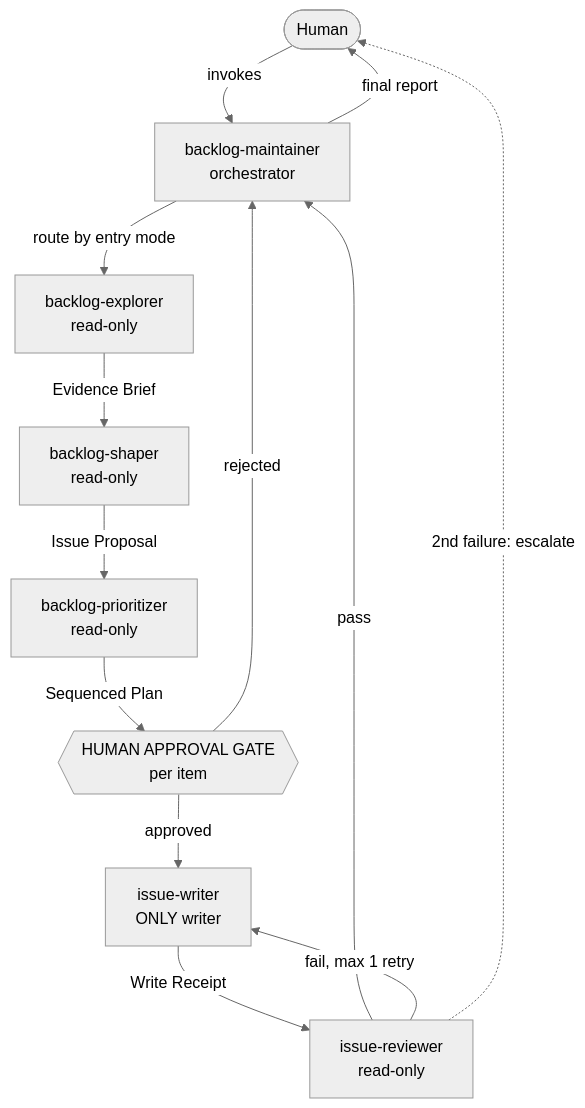
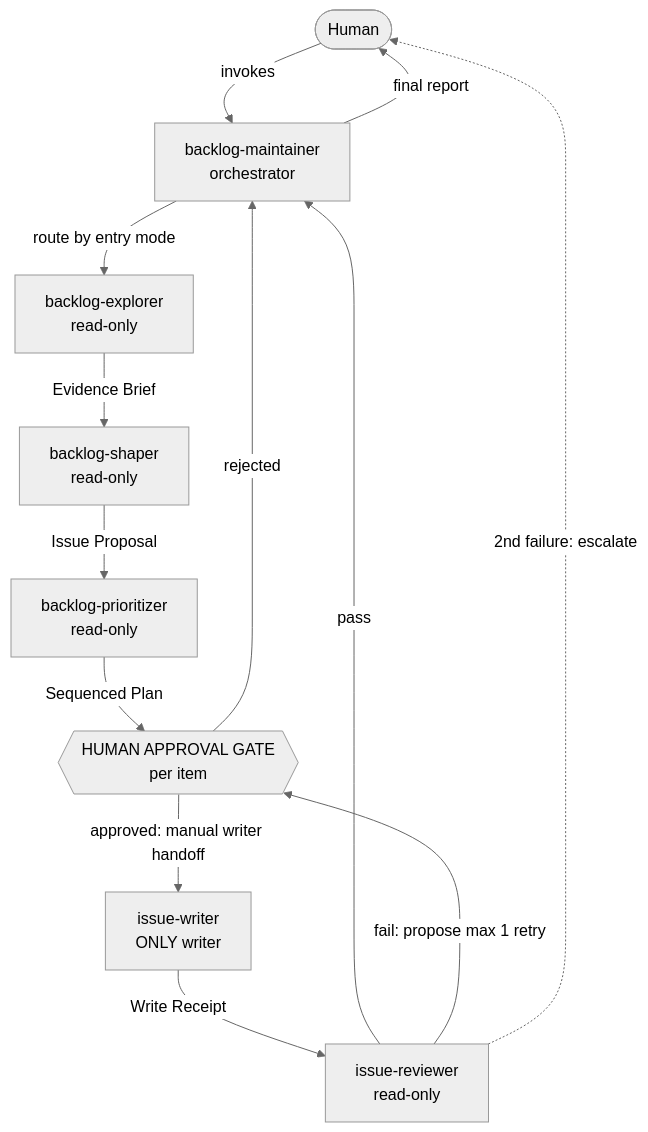
Before and after one commit to lfarci/loganfarci.com: the diagram in docs/agents/backlog-maintainer.md, drawn with Mermaid (neutral theme). The commit also changed other lines of this file, not shown here.

Commit message:
docs: clarify backlog writer handoff

````diff
--- a/docs/agents/backlog-maintainer.md
+++ b/docs/agents/backlog-maintainer.md
@@ -176,15 +182,15 @@
 ```mermaid
 flowchart TD
     H([Human]) -->|invokes| O[backlog-maintainer<br/>orchestrator]
     O -->|route by entry mode| E[backlog-explorer<br/>read-only]
     E -->|Evidence Brief| S[backlog-shaper<br/>read-only]
     S -->|Issue Proposal| P[backlog-prioritizer<br/>read-only]
     P -->|Sequenced Plan| G{{HUMAN APPROVAL GATE<br/>per item}}
     G -->|rejected| O
-    G -->|approved| W[issue-writer<br/>ONLY writer]
+    G -->|approved: manual writer handoff| W[issue-writer<br/>ONLY writer]
     W -->|Write Receipt| R[issue-reviewer<br/>read-only]
     R -->|pass| O
-    R -->|fail, max 1 retry| W
+    R -->|fail: propose max 1 retry| G
     R -.->|2nd failure: escalate| H
     O -->|final report| H
 ```
````
